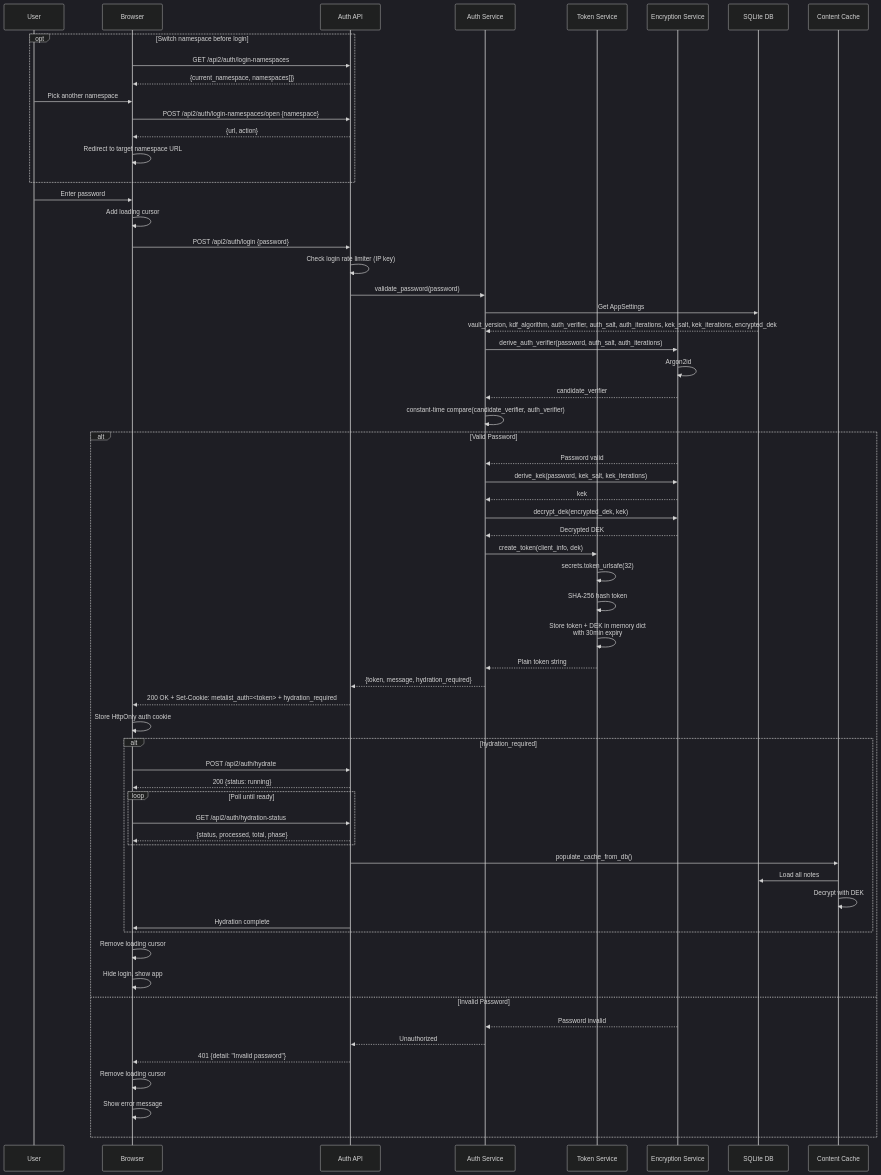
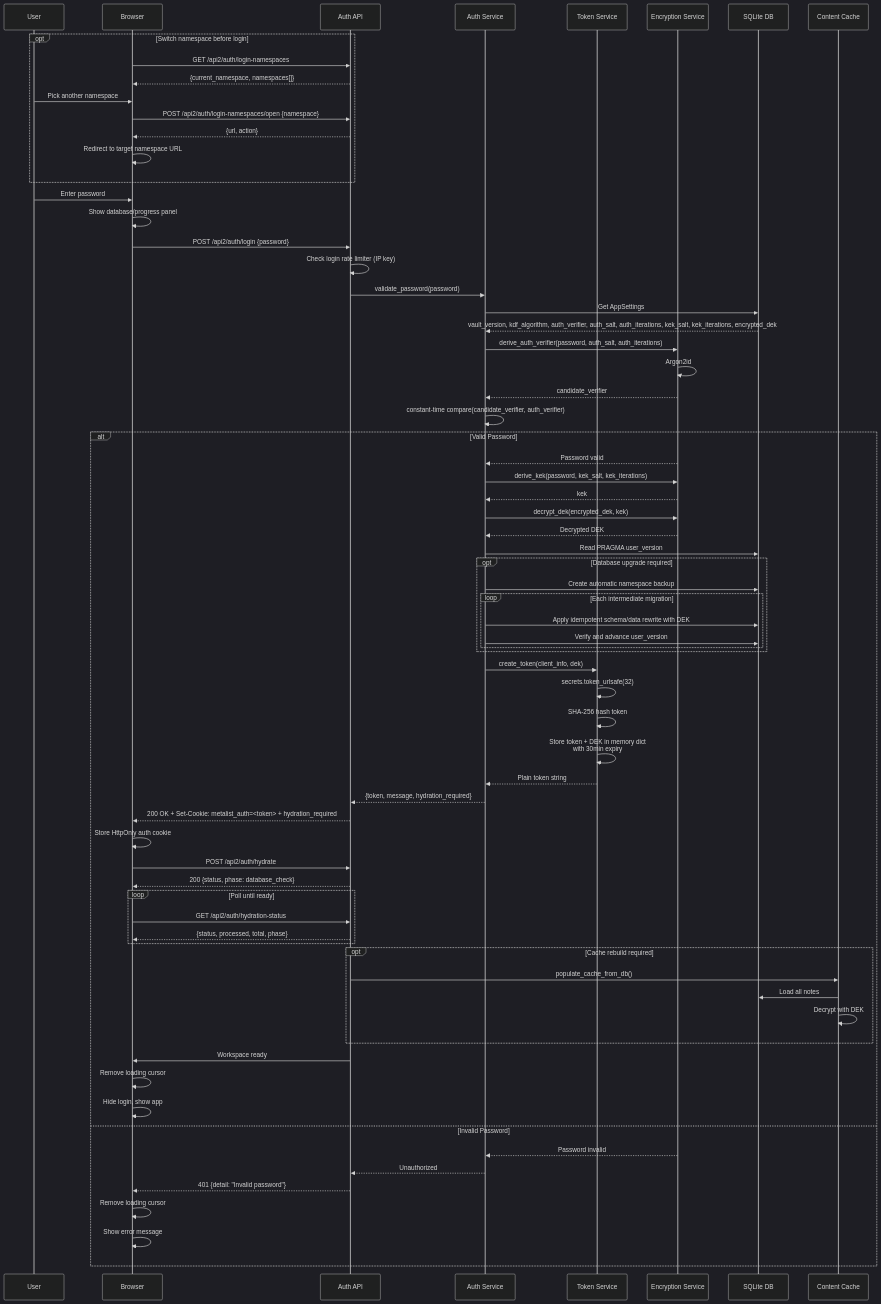
One commit to evolvingstuff/metalist changed the diagram in docs/diagrams/auth-flow.md. Above: the diagram before and after it, drawn with Mermaid (dark theme). The commit also changed 30 other files, not shown here.

````diff
--- a/docs/diagrams/auth-flow.md
+++ b/docs/diagrams/auth-flow.md
@@ -5,73 +5,82 @@
 ```mermaid
 sequenceDiagram
     participant U as User
     participant Browser as Browser
     participant API as Auth API
     participant AuthSvc as Auth Service
     participant TokenSvc as Token Service
     participant Enc as Encryption Service
     participant DB as SQLite DB
     participant Cache as Content Cache
 
     opt Switch namespace before login
         Browser->>API: GET /api2/auth/login-namespaces
         API-->>Browser: {current_namespace, namespaces[]}
         U->>Browser: Pick another namespace
         Browser->>API: POST /api2/auth/login-namespaces/open {namespace}
         API-->>Browser: {url, action}
         Browser->>Browser: Redirect to target namespace URL
     end
     
     U->>Browser: Enter password
-    Browser->>Browser: Add loading cursor
+    Browser->>Browser: Show database/progress panel
     Browser->>API: POST /api2/auth/login {password}
     API->>API: Check login rate limiter (IP key)
     
     API->>AuthSvc: validate_password(password)
     AuthSvc->>DB: Get AppSettings
     DB-->>AuthSvc: vault_version, kdf_algorithm, auth_verifier, auth_salt, auth_iterations, kek_salt, kek_iterations, encrypted_dek
     
     AuthSvc->>Enc: derive_auth_verifier(password, auth_salt, auth_iterations)
     Enc->>Enc: Argon2id
     Enc-->>AuthSvc: candidate_verifier
     
     AuthSvc->>AuthSvc: constant-time compare(candidate_verifier, auth_verifier)
     
     alt Valid Password
         Enc-->>AuthSvc: Password valid
         AuthSvc->>Enc: derive_kek(password, kek_salt, kek_iterations)
         Enc-->>AuthSvc: kek
         AuthSvc->>Enc: decrypt_dek(encrypted_dek, kek)
         Enc-->>AuthSvc: Decrypted DEK
+
+        AuthSvc->>DB: Read PRAGMA user_version
+        opt Database upgrade required
+            AuthSvc->>DB: Create automatic namespace backup
+            loop Each intermediate migration
+                AuthSvc->>DB: Apply idempotent schema/data rewrite with DEK
+                AuthSvc->>DB: Verify and advance user_version
+            end
+        end
         
         AuthSvc->>TokenSvc: create_token(client_info, dek)
         TokenSvc->>TokenSvc: secrets.token_urlsafe(32)
         TokenSvc->>TokenSvc: SHA-256 hash token
         TokenSvc->>TokenSvc: Store token + DEK in memory dict<br/>with 30min expiry
         TokenSvc-->>AuthSvc: Plain token string
         
         AuthSvc-->>API: {token, message, hydration_required}
         API-->>Browser: 200 OK + Set-Cookie: metalist_auth=<token> + hydration_required
         Browser->>Browser: Store HttpOnly auth cookie
-        alt hydration_required
-            Browser->>API: POST /api2/auth/hydrate
-            API-->>Browser: 200 {status: running}
-            loop Poll until ready
-                Browser->>API: GET /api2/auth/hydration-status
-                API-->>Browser: {status, processed, total, phase}
-            end
+        Browser->>API: POST /api2/auth/hydrate
+        API-->>Browser: 200 {status, phase: database_check}
+        loop Poll until ready
+            Browser->>API: GET /api2/auth/hydration-status
+            API-->>Browser: {status, processed, total, phase}
+        end
+        opt Cache rebuild required
             API->>Cache: populate_cache_from_db()
             Cache->>DB: Load all notes
             Cache->>Cache: Decrypt with DEK
-            API->>Browser: Hydration complete
         end
+        API->>Browser: Workspace ready
         Browser->>Browser: Remove loading cursor
         Browser->>Browser: Hide login, show app
     else Invalid Password
         Enc-->>AuthSvc: Password invalid
         AuthSvc-->>API: Unauthorized
         API-->>Browser: 401 {detail: "Invalid password"}
         Browser->>Browser: Remove loading cursor
         Browser->>Browser: Show error message
     end
 ```
````
